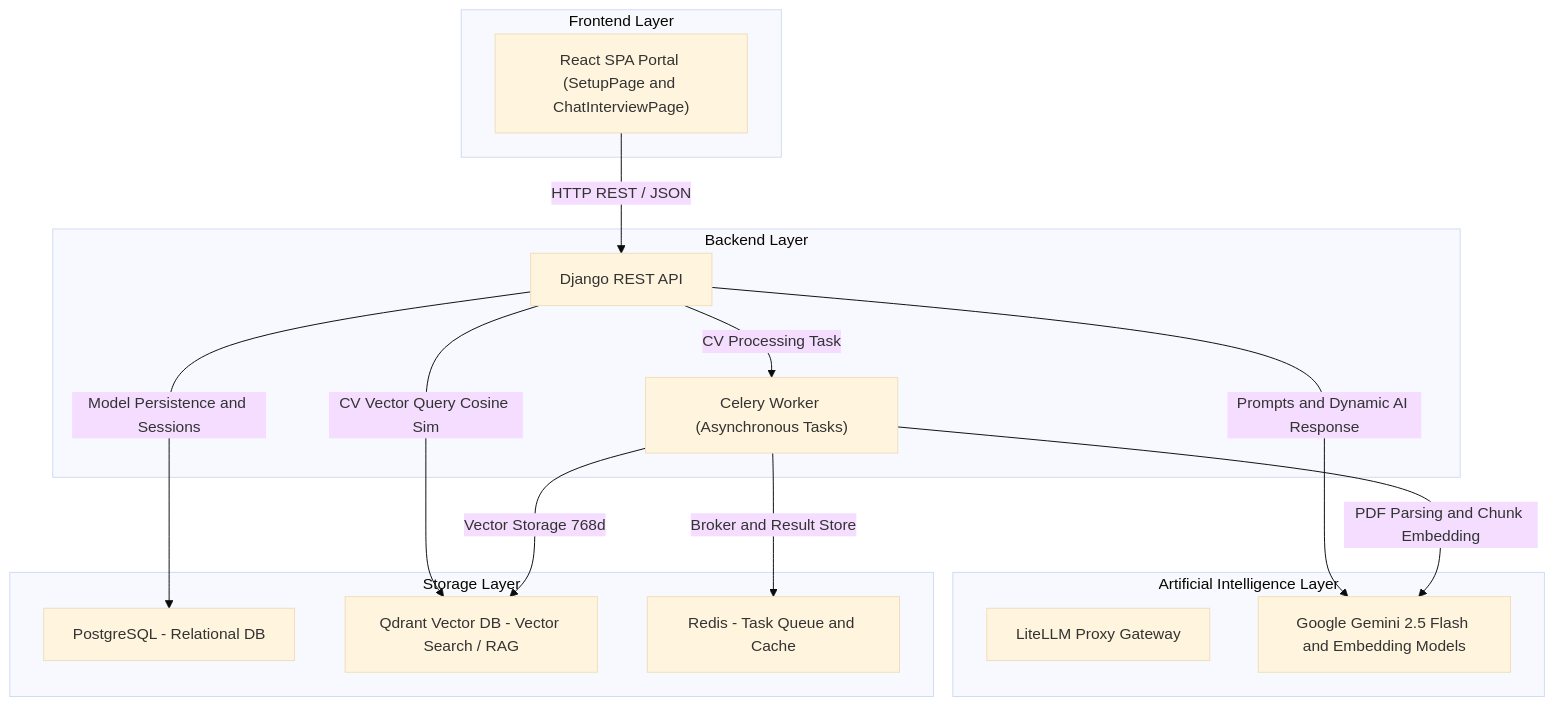
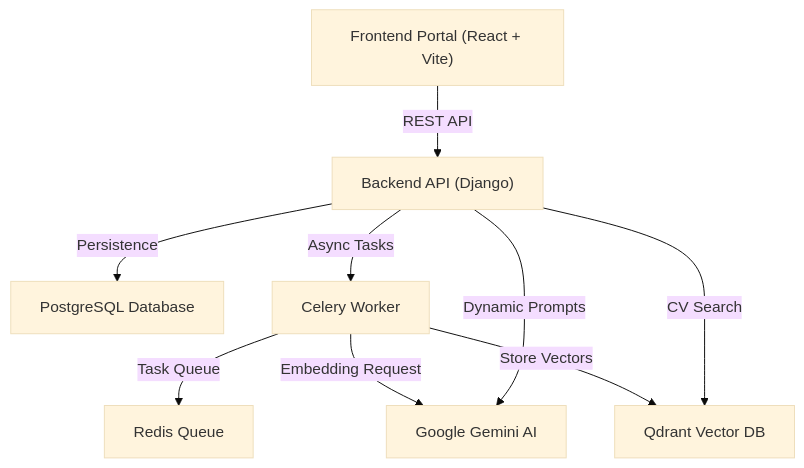
Before and after one commit to ForisGrancj/Ai-Recruiter: the first of 3 diagrams in README.md, drawn with Mermaid (base theme). The commit also changed other lines of this file, not shown here.

Commit message:
docs: simplify Mermaid diagrams in README.md

````diff
--- a/README.md
+++ b/README.md
@@ -11,31 +11,11 @@
 ```mermaid
-flowchart TB
-    subgraph ClientLayer["Frontend Layer"]
-        UI["React SPA Portal (SetupPage and ChatInterviewPage)"]
-    end
-
-    subgraph APILayer["Backend Layer"]
-        API["Django REST API"]
-        TaskEngine["Celery Worker (Asynchronous Tasks)"]
-    end
-
-    subgraph StorageLayer["Storage Layer"]
-        PG["PostgreSQL - Relational DB"]
-        Qdrant["Qdrant Vector DB - Vector Search / RAG"]
-        Redis["Redis - Task Queue and Cache"]
-    end
-
-    subgraph AILayer["Artificial Intelligence Layer"]
-        LiteLLM["LiteLLM Proxy Gateway"]
-        Gemini["Google Gemini 2.5 Flash and Embedding Models"]
-    end
-
-    UI -->|HTTP REST / JSON| API
-    API -->|Model Persistence and Sessions| PG
-    API -->|CV Processing Task| TaskEngine
-    TaskEngine -->|Broker and Result Store| Redis
-    TaskEngine -->|PDF Parsing and Chunk Embedding| Gemini
-    TaskEngine -->|Vector Storage 768d| Qdrant
-    API -->|CV Vector Query Cosine Sim| Qdrant
-    API -->|Prompts and Dynamic AI Response| Gemini
+graph TD
+    Client["Frontend Portal (React + Vite)"] -->|REST API| API["Backend API (Django)"]
+    API -->|Persistence| PG["PostgreSQL Database"]
+    API -->|Async Tasks| Celery["Celery Worker"]
+    Celery -->|Task Queue| Redis["Redis Queue"]
+    Celery -->|Embedding Request| Gemini["Google Gemini AI"]
+    Celery -->|Store Vectors| Qdrant["Qdrant Vector DB"]
+    API -->|CV Search| Qdrant
+    API -->|Dynamic Prompts| Gemini
 ```
````
